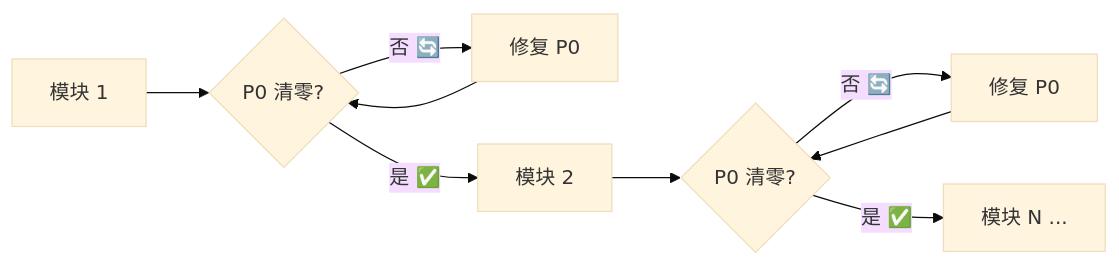
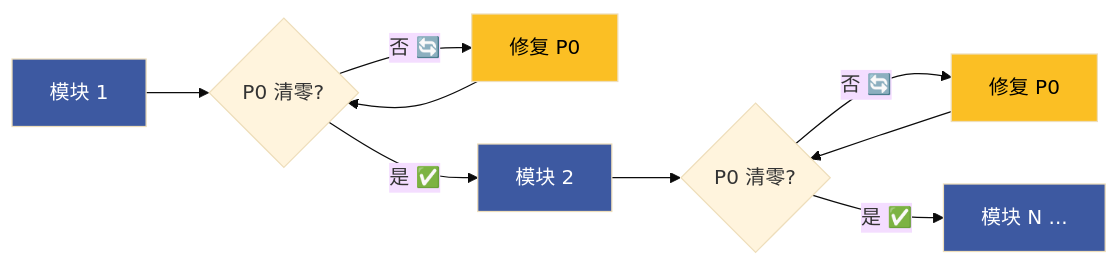
The fifth of 9 diagrams in rules/code-pipeline.md (effiy/YrY), drawn with Mermaid (base theme) before and after one commit. The commit also changed other lines of this file and 341 other files, not shown here.

````diff
--- a/rules/code-pipeline.md
+++ b/rules/code-pipeline.md
@@ -153,13 +167,14 @@
 ```mermaid
 flowchart LR
     M1["模块 1"]:::mod --> C1{"P0 清零?"}
     C1 -->|"否 🔄"| F1["修复 P0"]:::fix
     F1 --> C1
     C1 -->|"是 ✅"| M2["模块 2"]:::mod
     M2 --> C2{"P0 清零?"}
     C2 -->|"否 🔄"| F2["修复 P0"]:::fix
     F2 --> C2
     C2 -->|"是 ✅"| M3["模块 N ..."]:::mod
 
-
+    classDef mod fill:#3d59a1,color:#fff
+    classDef fix fill:#fbbf24,color:#000
 ```
````
